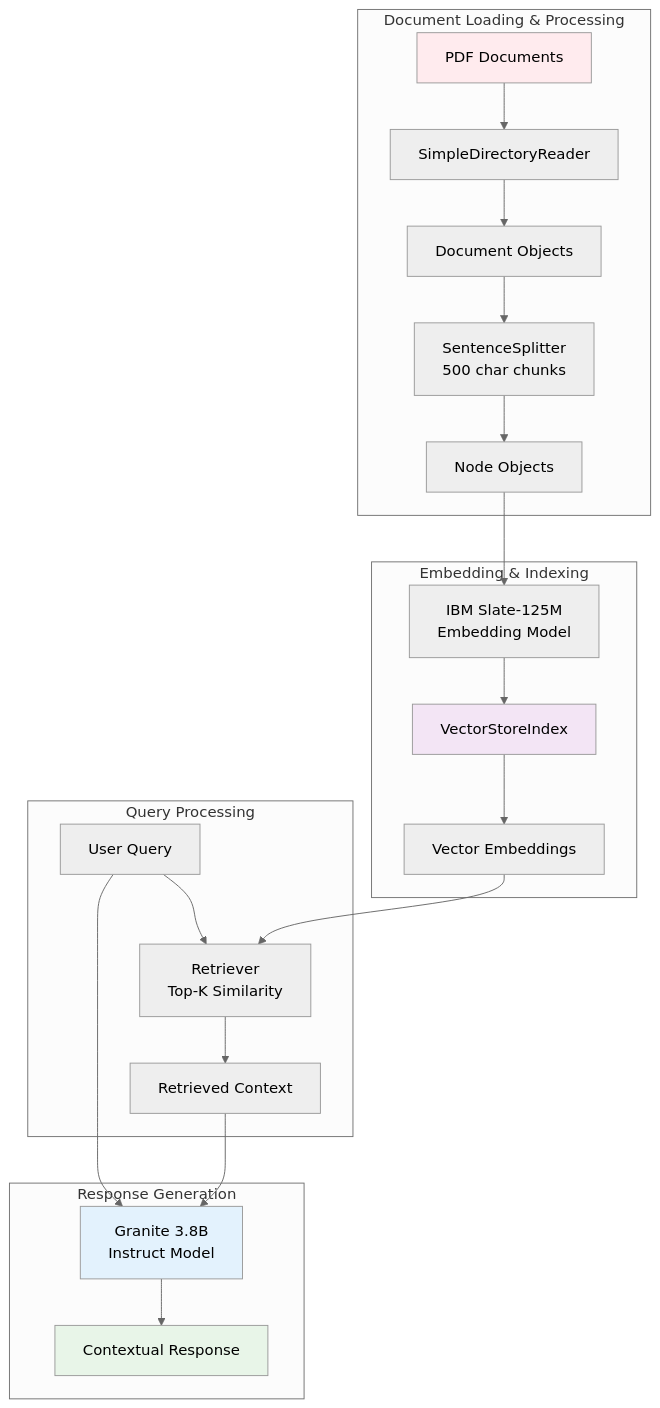
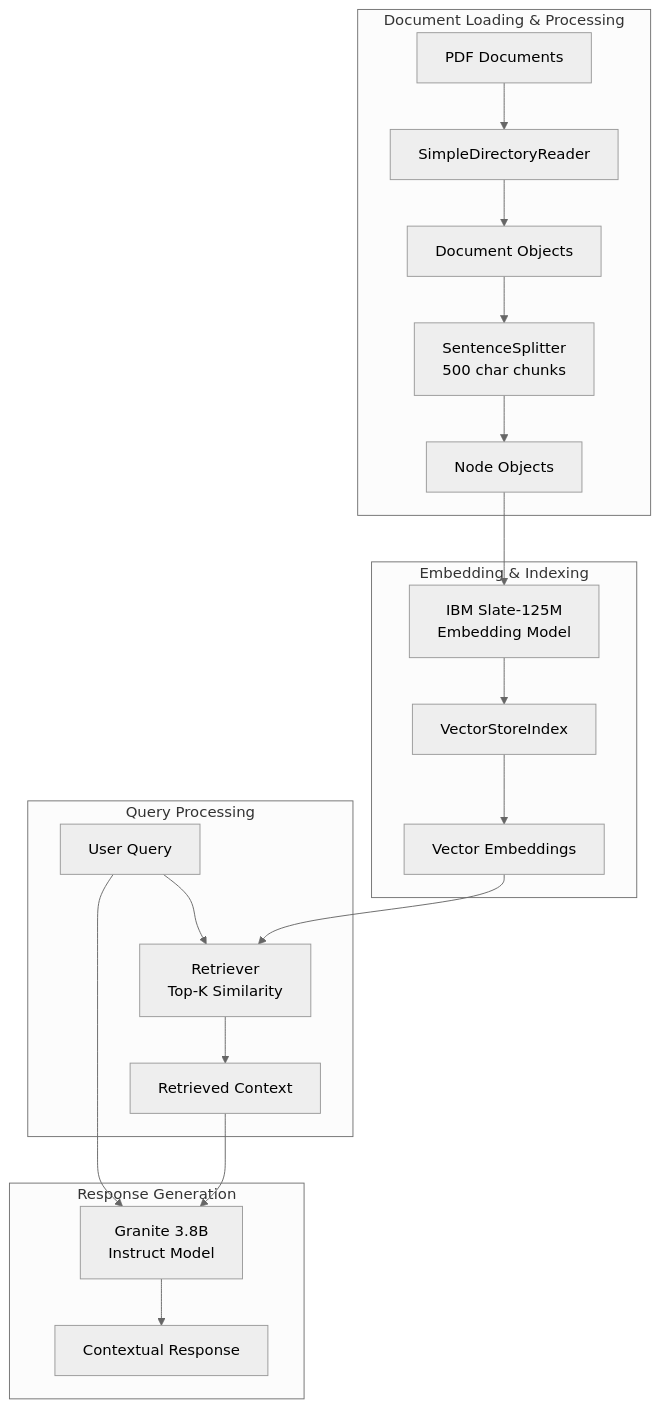
The third of 7 diagrams in README.md (eaamankwah/design_build_rag_system_apps), drawn with Mermaid (neutral theme) before and after one commit. The commit also changed other lines of this file, not shown here.

````diff
--- a/README.md
+++ b/README.md
@@ -116,32 +114,27 @@
 ```mermaid
 graph TB
     subgraph "Document Loading & Processing"
         A[PDF Documents] --> B[SimpleDirectoryReader]
         B --> C[Document Objects]
         C --> D[SentenceSplitter<br/>500 char chunks]
         D --> E[Node Objects]
     end
     
     subgraph "Embedding & Indexing"
         E --> F[IBM Slate-125M<br/>Embedding Model]
         F --> G[VectorStoreIndex]
         G --> H[Vector Embeddings]
     end
     
     subgraph "Query Processing"
         I[User Query] --> J[Retriever<br/>Top-K Similarity]
         H --> J
         J --> K[Retrieved Context]
     end
     
     subgraph "Response Generation"
         K --> L[Granite 3.8B<br/>Instruct Model]
         I --> L
         L --> M[Contextual Response]
     end
-    
-    style A fill:#ffebee
-    style G fill:#f3e5f5
-    style L fill:#e3f2fd
-    style M fill:#e8f5e8
 ```
````
